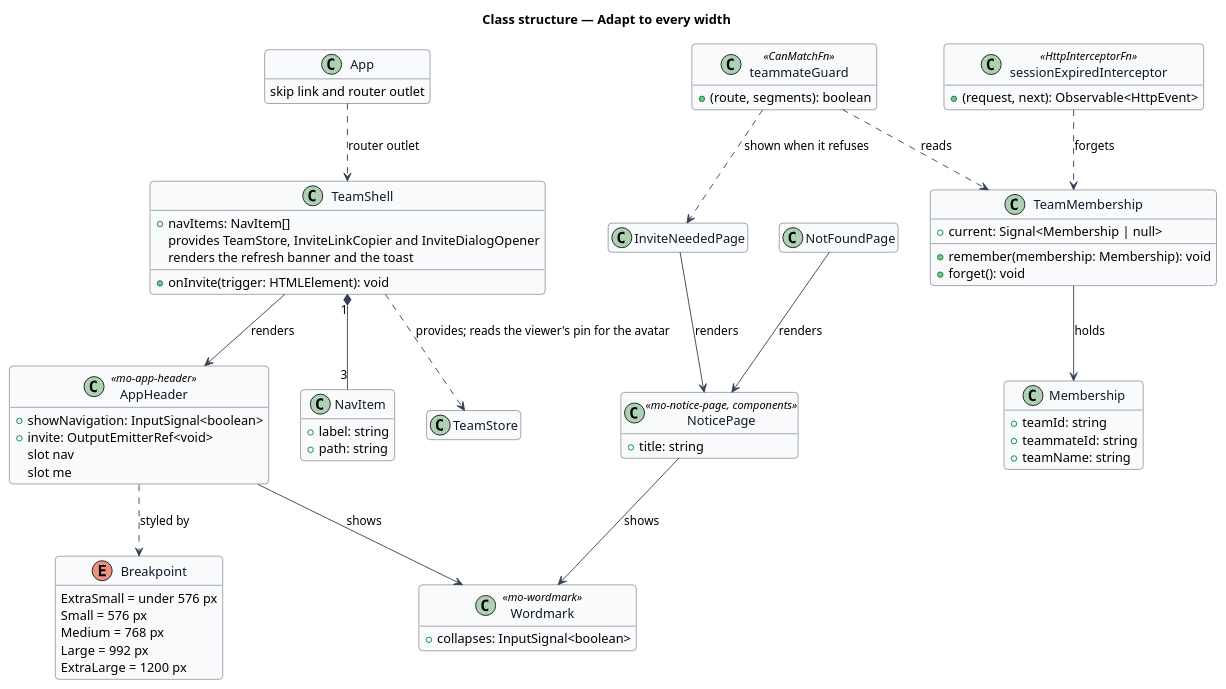
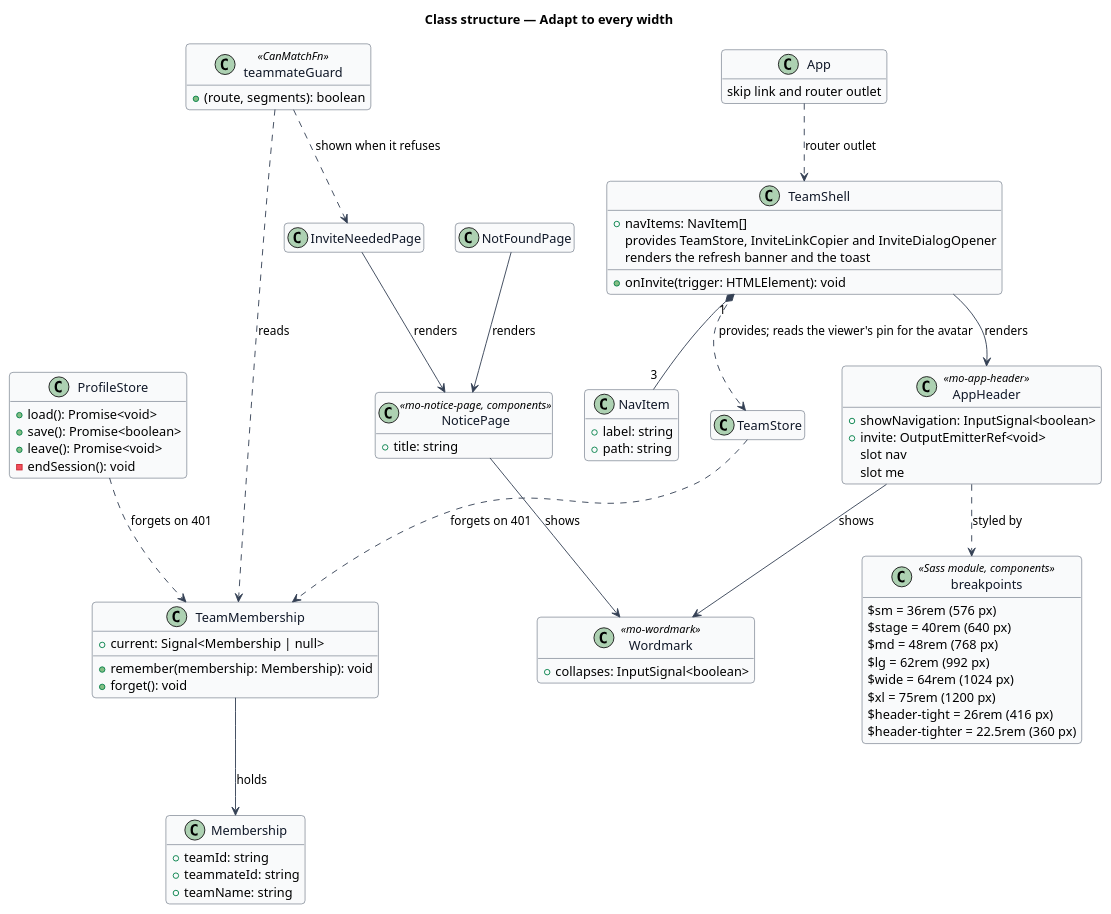
One commit to QuinntyneBrown/Mondino changed the diagram in docs/detailed-designs/platform/adapt-to-every-width/diagrams/class-structure.puml. Above: the diagram before and after it, drawn with PlantUML. The commit also changed 24 other files, not shown here.

First line of the commit message:
Bring the breakpoints and an ended session on Profile & Settings in line with the mocks

```diff
--- a/docs/detailed-designs/platform/adapt-to-every-width/diagrams/class-structure.puml
+++ b/docs/detailed-designs/platform/adapt-to-every-width/diagrams/class-structure.puml
@@ -1,96 +1,103 @@
 @startuml
 skinparam backgroundColor #FFFFFF
 skinparam shadowing false
 skinparam roundcorner 8
 skinparam defaultFontName Arial
 skinparam ArrowColor #344054
 skinparam class {
   BorderColor #344054
   FontColor #101828
   BackgroundColor #F9FAFB
 }
 hide empty members
 title Class structure — Adapt to every width
 
-enum Breakpoint {
-  ExtraSmall = under 576 px
-  Small = 576 px
-  Medium = 768 px
-  Large = 992 px
-  ExtraLarge = 1200 px
+class breakpoints <<Sass module, components>> {
+  $sm = 36rem (576 px)
+  $stage = 40rem (640 px)
+  $md = 48rem (768 px)
+  $lg = 62rem (992 px)
+  $wide = 64rem (1024 px)
+  $xl = 75rem (1200 px)
+  $header-tight = 26rem (416 px)
+  $header-tighter = 22.5rem (360 px)
 }
 
 class App {
   skip link and router outlet
 }
 
 class TeamShell {
   +navItems: NavItem[]
   provides TeamStore, InviteLinkCopier and InviteDialogOpener
   renders the refresh banner and the toast
   +onInvite(trigger: HTMLElement): void
 }
 
 class NavItem {
   +label: string
   +path: string
 }
 
 class AppHeader <<mo-app-header>> {
   +showNavigation: InputSignal<boolean>
   +invite: OutputEmitterRef<void>
   slot nav
   slot me
 }
 
 class Wordmark <<mo-wordmark>> {
   +collapses: InputSignal<boolean>
 }
 
 class TeamMembership {
   +current: Signal<Membership | null>
   +remember(membership: Membership): void
   +forget(): void
 }
 
 class Membership {
   +teamId: string
   +teammateId: string
   +teamName: string
 }
 
 class teammateGuard <<CanMatchFn>> {
   +(route, segments): boolean
 }
 
-class sessionExpiredInterceptor <<HttpInterceptorFn>> {
-  +(request, next): Observable<HttpEvent>
+class ProfileStore {
+  +load(): Promise<void>
+  +save(): Promise<boolean>
+  +leave(): Promise<void>
+  -endSession(): void
 }
 
 class InviteNeededPage {
 }
 
 class NotFoundPage {
 }
 
 class NoticePage <<mo-notice-page, components>> {
   +title: string
 }
 
 class TeamStore {
 }
 
 App ..> TeamShell : router outlet
 TeamShell --> AppHeader : renders
 TeamShell "1" *-- "3" NavItem
 TeamShell ..> TeamStore : provides; reads the viewer's pin for the avatar
 InviteNeededPage --> NoticePage : renders
 NotFoundPage --> NoticePage : renders
 NoticePage --> Wordmark : shows
 AppHeader --> Wordmark : shows
-AppHeader ..> Breakpoint : styled by
+AppHeader ..> breakpoints : styled by
 teammateGuard ..> TeamMembership : reads
 teammateGuard ..> InviteNeededPage : shown when it refuses
-sessionExpiredInterceptor ..> TeamMembership : forgets
+TeamStore ..> TeamMembership : forgets on 401
+ProfileStore ..> TeamMembership : forgets on 401
 TeamMembership --> Membership : holds
 @enduml
```
